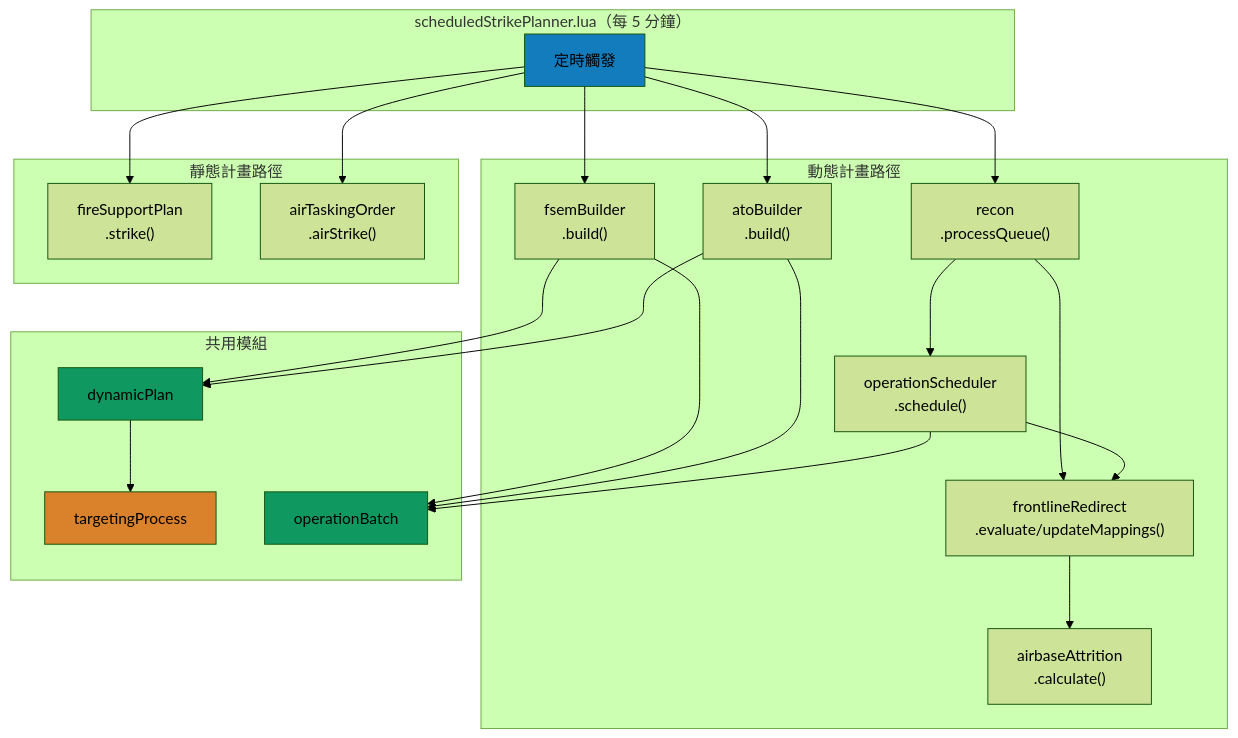
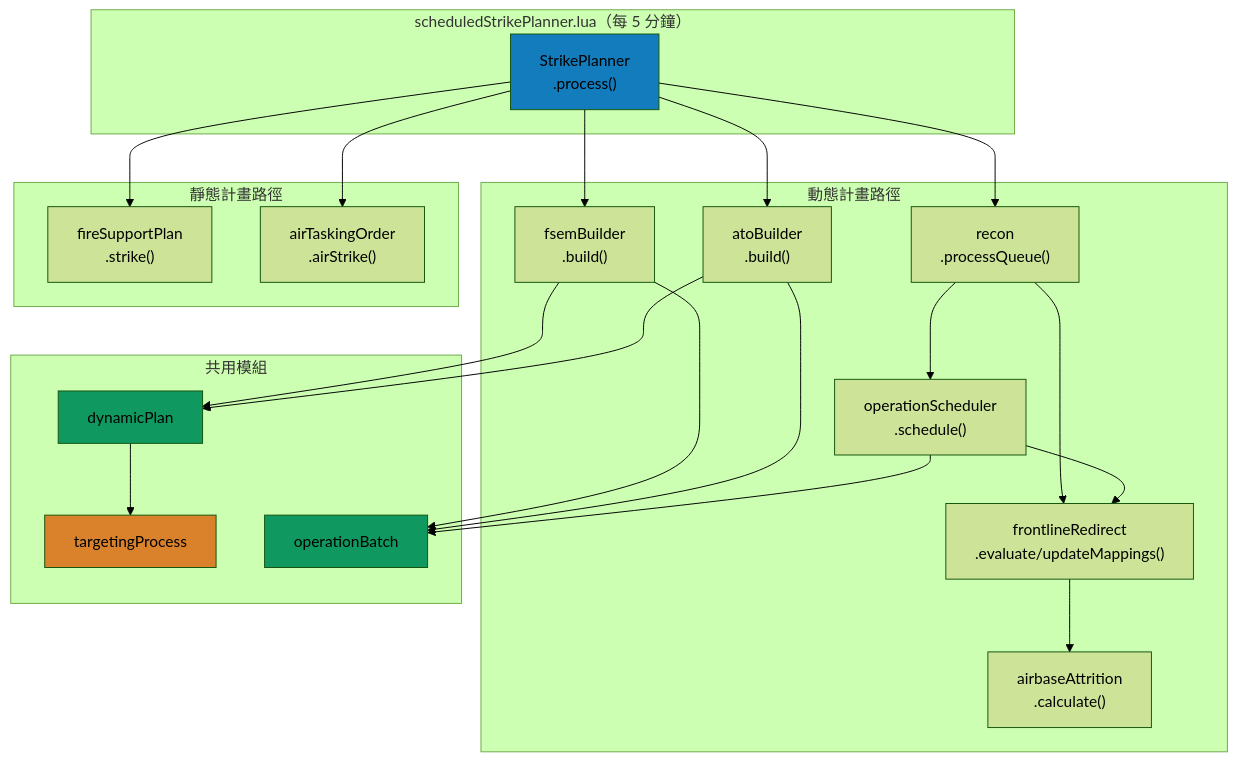
The first of 3 diagrams in docs/strikePlanner/README.md (pullupjumper/formosa-in-flames), drawn with Mermaid (forest theme) before and after one commit. The commit also changed other lines of this file and 12 other files, not shown here.

First line of the commit message:
refactor(strikePlanner): turn init.lua facade into init/process entry points

````diff
--- a/docs/strikePlanner/README.md
+++ b/docs/strikePlanner/README.md
@@ -78,48 +80,48 @@
 ```mermaid
 flowchart TB
     subgraph 觸發器["scheduledStrikePlanner.lua（每 5 分鐘）"]
-        TRIGGER[定時觸發]
+        TRIGGER["StrikePlanner<br>.process()"]
     end
 
     subgraph 動態路徑["動態計畫路徑"]
         DFSP["fsemBuilder<br>.build()"]
         DATO["atoBuilder<br>.build()"]
         RECON["recon<br>.processQueue()"]
         RSCHED["operationScheduler<br>.schedule()"]
         FREDIR["frontlineRedirect<br>.evaluate/updateMappings()"]
         ATTR["airbaseAttrition<br>.calculate()"]
     end
 
     subgraph 靜態路徑["靜態計畫路徑"]
         FSP["fireSupportPlan<br>.strike()"]
         ATO["airTaskingOrder<br>.airStrike()"]
     end
 
     subgraph 共用模組
         TP["targetingProcess"]
         OBATCH["operationBatch"]
         DPLAN["dynamicPlan"]
     end
 
     TRIGGER --> DFSP
     TRIGGER --> DATO
     TRIGGER --> RECON
     TRIGGER --> FSP
     TRIGGER --> ATO
 
     DFSP --> OBATCH
     DFSP --> DPLAN
     DATO --> OBATCH
     DATO --> DPLAN
     DPLAN --> TP
     RECON --> RSCHED
     RECON --> FREDIR
     RSCHED --> OBATCH
     RSCHED --> FREDIR
     FREDIR --> ATTR
 
     style TRIGGER fill:#137cbd
     style TP fill:#d9822b
     style OBATCH fill:#0f9960
     style DPLAN fill:#0f9960
 ```
````
